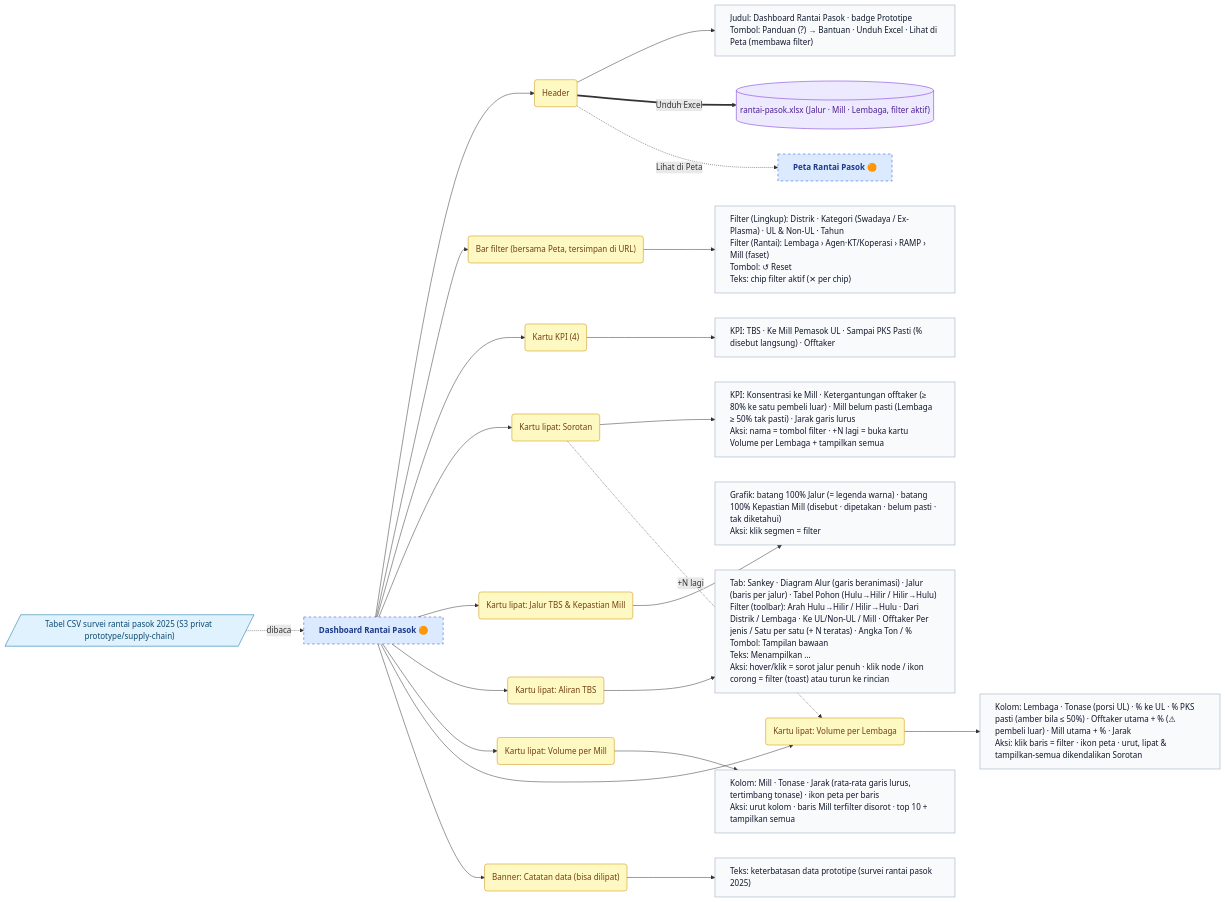
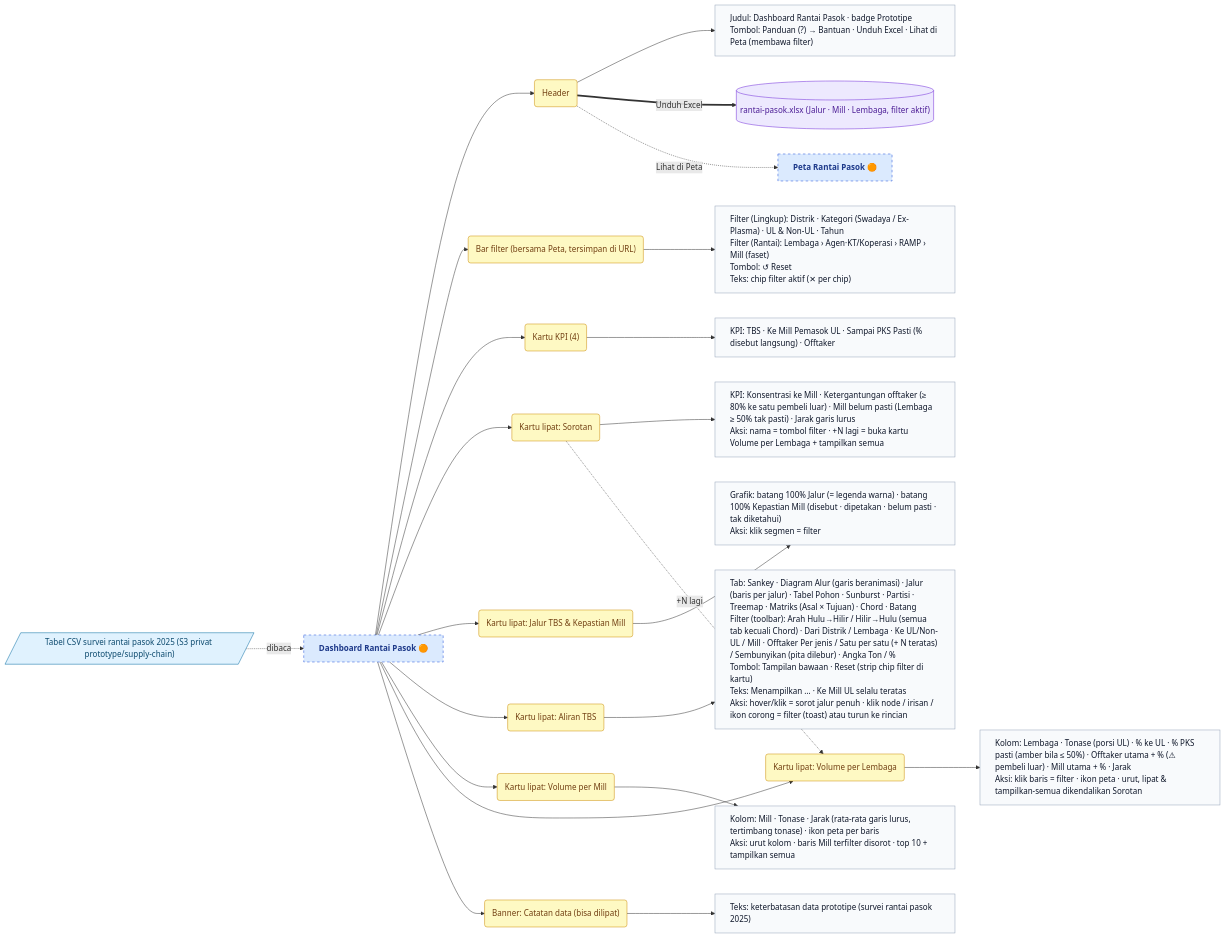
The eighth of 9 diagrams in docs/product/sitemap/dashboard.md (WRI-Indonesia/mis-smallholder-hub), drawn with Mermaid before and after one commit. The commit also changed 25 other files, not shown here.

````diff
--- a/docs/product/sitemap/dashboard.md
+++ b/docs/product/sitemap/dashboard.md
@@ -345,60 +345,60 @@
 ```mermaid
 %%{init: {"flowchart": {"wrappingWidth": 420}}}%%
 flowchart LR
   db_supply["Dashboard Rantai Pasok 🟠"]:::page
 
   db_supply_hdr("Header"):::section
   db_supply_hdr_c["Judul: Dashboard Rantai Pasok · badge Prototipe<br/>Tombol: Panduan (?) → Bantuan · Unduh Excel · Lihat di Peta (membawa filter)"]:::content
 
   db_supply_flt("Bar filter (bersama Peta, tersimpan di URL)"):::section
   db_supply_flt_c["Filter (Lingkup): Distrik · Kategori (Swadaya / Ex-Plasma) · UL & Non-UL · Tahun<br/>Filter (Rantai): Lembaga › Agen·KT/Koperasi › RAMP › Mill (faset)<br/>Tombol: ↺ Reset<br/>Teks: chip filter aktif (✕ per chip)"]:::content
 
   db_supply_kpi("Kartu KPI (4)"):::section
   db_supply_kpi_c["KPI: TBS · Ke Mill Pemasok UL · Sampai PKS Pasti (% disebut langsung) · Offtaker"]:::content
 
   db_supply_insight("Kartu lipat: Sorotan"):::section
   db_supply_insight_c["KPI: Konsentrasi ke Mill · Ketergantungan offtaker (≥ 80% ke satu pembeli luar) · Mill belum pasti (Lembaga ≥ 50% tak pasti) · Jarak garis lurus<br/>Aksi: nama = tombol filter · +N lagi = buka kartu Volume per Lembaga + tampilkan semua"]:::content
 
   db_supply_path("Kartu lipat: Jalur TBS & Kepastian Mill"):::section
   db_supply_path_c["Grafik: batang 100% Jalur (= legenda warna) · batang 100% Kepastian Mill (disebut · dipetakan · belum pasti · tak diketahui)<br/>Aksi: klik segmen = filter"]:::content
 
   db_supply_flow("Kartu lipat: Aliran TBS"):::section
-  db_supply_flow_c["Tab: Sankey · Diagram Alur (garis beranimasi) · Jalur (baris per jalur) · Tabel Pohon (Hulu→Hilir / Hilir→Hulu)<br/>Filter (toolbar): Arah Hulu→Hilir / Hilir→Hulu · Dari Distrik / Lembaga · Ke UL/Non-UL / Mill · Offtaker Per jenis / Satu per satu (+ N teratas) · Angka Ton / %<br/>Tombol: Tampilan bawaan<br/>Teks: Menampilkan …<br/>Aksi: hover/klik = sorot jalur penuh · klik node / ikon corong = filter (toast) atau turun ke rincian"]:::content
+  db_supply_flow_c["Tab: Sankey · Diagram Alur (garis beranimasi) · Jalur (baris per jalur) · Tabel Pohon · Sunburst · Partisi · Treemap · Matriks (Asal × Tujuan) · Chord · Batang<br/>Filter (toolbar): Arah Hulu→Hilir / Hilir→Hulu (semua tab kecuali Chord) · Dari Distrik / Lembaga · Ke UL/Non-UL / Mill · Offtaker Per jenis / Satu per satu (+ N teratas) / Sembunyikan (pita dilebur) · Angka Ton / %<br/>Tombol: Tampilan bawaan · Reset (strip chip filter di kartu)<br/>Teks: Menampilkan … · Ke Mill UL selalu teratas<br/>Aksi: hover/klik = sorot jalur penuh · klik node / irisan / ikon corong = filter (toast) atau turun ke rincian"]:::content
 
   db_supply_mill("Kartu lipat: Volume per Mill"):::section
   db_supply_mill_c["Kolom: Mill · Tonase · Jarak (rata-rata garis lurus, tertimbang tonase) · ikon peta per baris<br/>Aksi: urut kolom · baris Mill terfilter disorot · top 10 + tampilkan semua"]:::content
 
   db_supply_group("Kartu lipat: Volume per Lembaga"):::section
   db_supply_group_c["Kolom: Lembaga · Tonase (porsi UL) · % ke UL · % PKS pasti (amber bila ≤ 50%) · Offtaker utama + % (⚠ pembeli luar) · Mill utama + % · Jarak<br/>Aksi: klik baris = filter · ikon peta · urut, lipat & tampilkan-semua dikendalikan Sorotan"]:::content
 
   db_supply_note("Banner: Catatan data (bisa dilipat)"):::section
   db_supply_note_c["Teks: keterbatasan data prototipe (survei rantai pasok 2025)"]:::content
 
   db_supply_xlsx[("rantai-pasok.xlsx (Jalur · Mill · Lembaga, filter aktif)")]:::data
   db_supply_csv[/"Tabel CSV survei rantai pasok 2025 (S3 privat prototype/supply-chain)"/]:::external
   mp_supply["Peta Rantai Pasok 🟠"]:::page
 
   db_supply --> db_supply_hdr --> db_supply_hdr_c
   db_supply_hdr ==>|Unduh Excel| db_supply_xlsx
   db_supply_hdr -.->|Lihat di Peta| mp_supply
   db_supply --> db_supply_flt --> db_supply_flt_c
   db_supply --> db_supply_kpi --> db_supply_kpi_c
   db_supply --> db_supply_insight --> db_supply_insight_c
   db_supply_insight -.->|+N lagi| db_supply_group
   db_supply --> db_supply_path --> db_supply_path_c
   db_supply --> db_supply_flow --> db_supply_flow_c
   db_supply --> db_supply_mill --> db_supply_mill_c
   db_supply --> db_supply_group --> db_supply_group_c
   db_supply --> db_supply_note --> db_supply_note_c
   db_supply_csv -.->|dibaca| db_supply
 
   class db_supply proto
   class mp_supply proto
 
   classDef page fill:#dbeafe,stroke:#1d4ed8,color:#1e3a8a,font-weight:bold
   classDef section fill:#fef9c3,stroke:#ca8a04,color:#713f12
   classDef content fill:#f8fafc,stroke:#94a3b8,color:#0f172a,text-align:left
   classDef data fill:#ede9fe,stroke:#6d28d9,color:#4c1d95
   classDef external fill:#e0f2fe,stroke:#0369a1,color:#0c4a6e
   classDef proto stroke-dasharray:5 5
 ```
````
